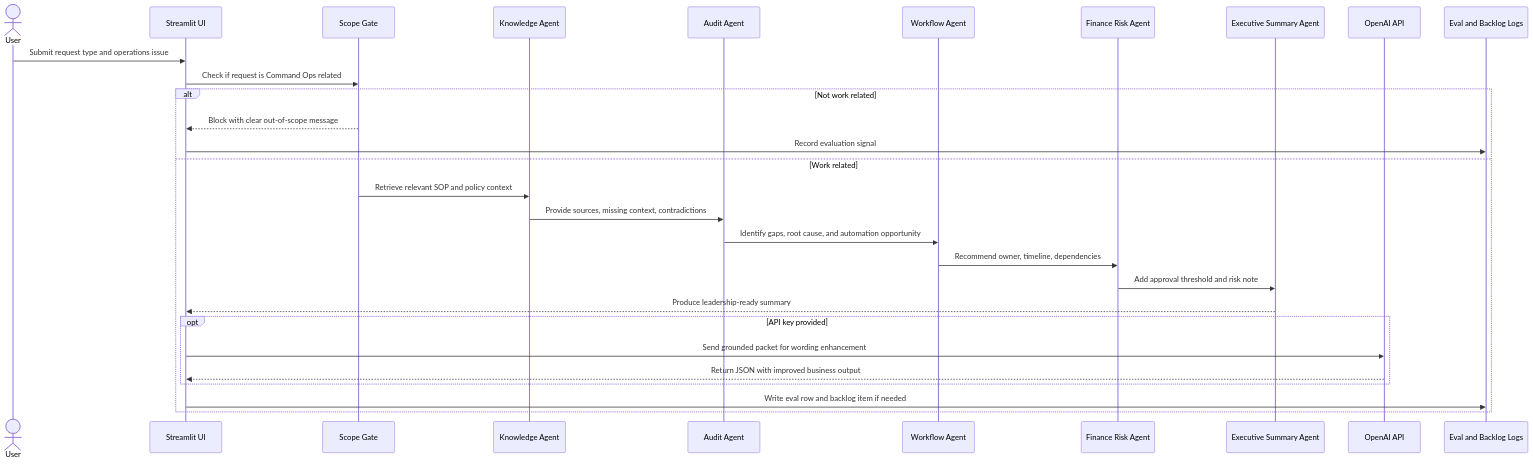
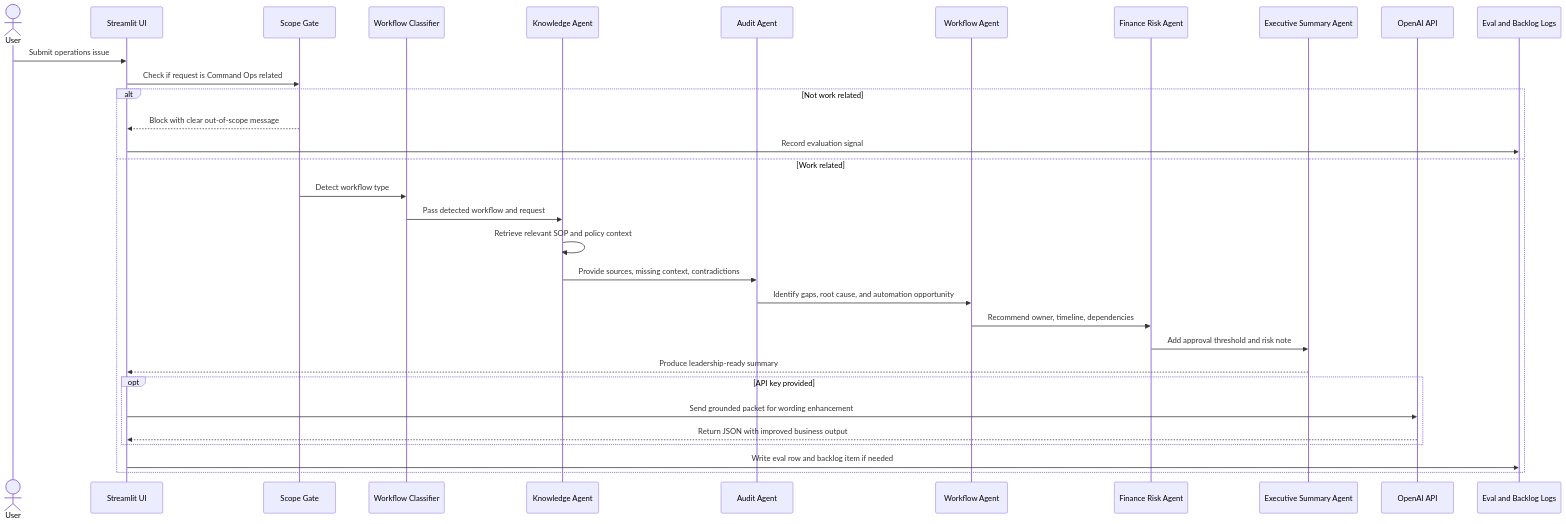
Before and after one commit to Aishwarya2510/agentops: the second of 4 diagrams in SYSTEM_WORKING_AND_BUSINESS_VALUE.md, drawn with Mermaid. The commit also changed other lines of this file and 11 other files, not shown here.

````diff
--- a/SYSTEM_WORKING_AND_BUSINESS_VALUE.md
+++ b/SYSTEM_WORKING_AND_BUSINESS_VALUE.md
@@ -95,32 +204,35 @@
 ```mermaid
 sequenceDiagram
     actor User
     participant UI as Streamlit UI
     participant Gate as Scope Gate
+    participant Classifier as Workflow Classifier
     participant Knowledge as Knowledge Agent
     participant Audit as Audit Agent
     participant Workflow as Workflow Agent
     participant Finance as Finance Risk Agent
     participant Exec as Executive Summary Agent
     participant OpenAI as OpenAI API
     participant Log as Eval and Backlog Logs
 
-    User->>UI: Submit request type and operations issue
+    User->>UI: Submit operations issue
     UI->>Gate: Check if request is Command Ops related
     alt Not work related
         Gate-->>UI: Block with clear out-of-scope message
         UI->>Log: Record evaluation signal
     else Work related
-        Gate->>Knowledge: Retrieve relevant SOP and policy context
+        Gate->>Classifier: Detect workflow type
+        Classifier->>Knowledge: Pass detected workflow and request
+        Knowledge->>Knowledge: Retrieve relevant SOP and policy context
         Knowledge->>Audit: Provide sources, missing context, contradictions
         Audit->>Workflow: Identify gaps, root cause, and automation opportunity
         Workflow->>Finance: Recommend owner, timeline, dependencies
         Finance->>Exec: Add approval threshold and risk note
         Exec-->>UI: Produce leadership-ready summary
         opt API key provided
             UI->>OpenAI: Send grounded packet for wording enhancement
             OpenAI-->>UI: Return JSON with improved business output
         end
         UI->>Log: Write eval row and backlog item if needed
     end
 ```
````
